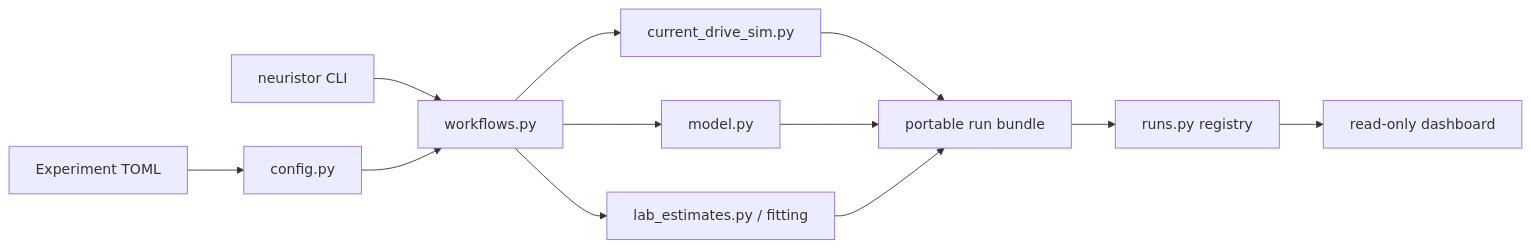
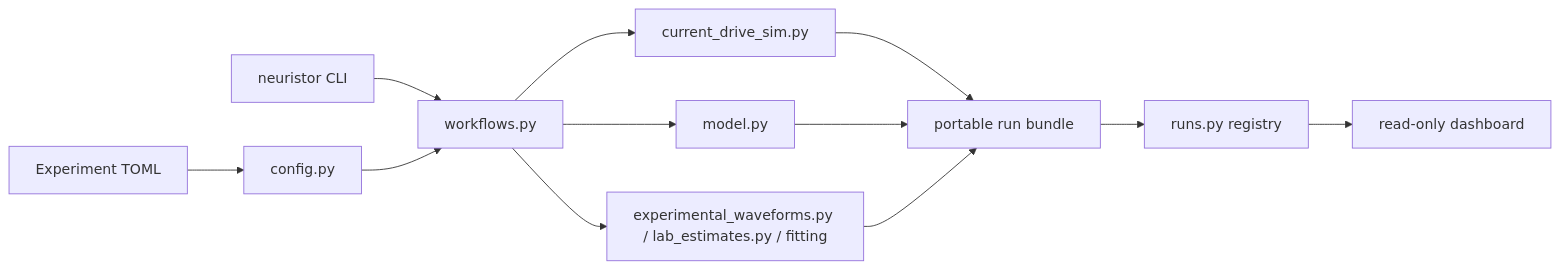
The diagram in docs/ARCHITECTURE.md (gabebere/single-neuristor), drawn with Mermaid before and after one commit. The commit also changed other lines of this file and 97 other files, not shown here.

````diff
--- a/docs/ARCHITECTURE.md
+++ b/docs/ARCHITECTURE.md
@@ -6,14 +6,14 @@
 ```mermaid
 flowchart LR
     TOML["Experiment TOML"] --> Config["config.py"]
     CLI["neuristor CLI"] --> Workflows["workflows.py"]
     Config --> Workflows
     Workflows --> Current["current_drive_sim.py"]
     Workflows --> Voltage["model.py"]
-    Workflows --> Analysis["lab_estimates.py / fitting"]
+    Workflows --> Analysis["experimental_waveforms.py / lab_estimates.py / fitting"]
     Current --> Bundle["portable run bundle"]
     Voltage --> Bundle
     Analysis --> Bundle
     Bundle --> Registry["runs.py registry"]
     Registry --> Dashboard["read-only dashboard"]
 ```
````
